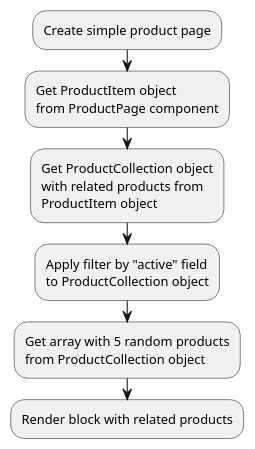
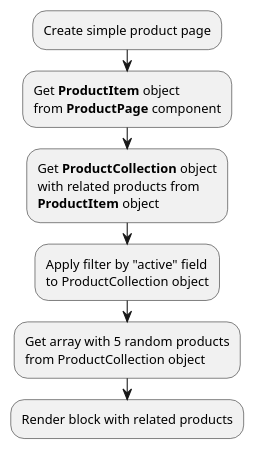
Before and after one commit to oc-shopaholic/oc-shopaholic-docs: the fourth of 6 diagrams in modules/product/examples.md, drawn with PlantUML. The commit also changed other lines of this file and 5 other files, not shown here.

````diff
--- a/modules/product/examples.md
+++ b/modules/product/examples.md
@@ -282,15 +247,15 @@
 ```plantuml
 @startuml
 :Create simple product page;
-:Get ProductItem object
-from ProductPage component;
-:Get ProductCollection object
+:Get **ProductItem** object
+from **ProductPage** component;
+:Get **ProductCollection** object
 with related products from
-ProductItem object;
+**ProductItem** object;
 :Apply filter by "active" field
 to ProductCollection object;
 :Get array with 5 random products
 from ProductCollection object;
 :Render block with related products;
 @enduml
 ```
````
